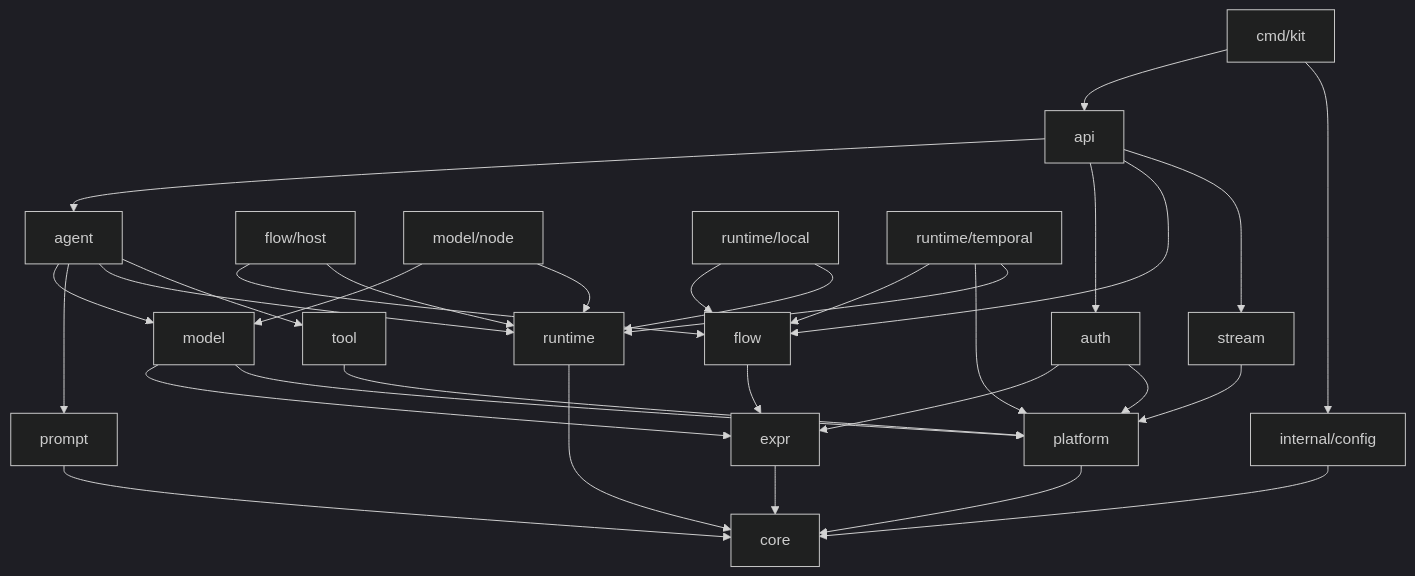
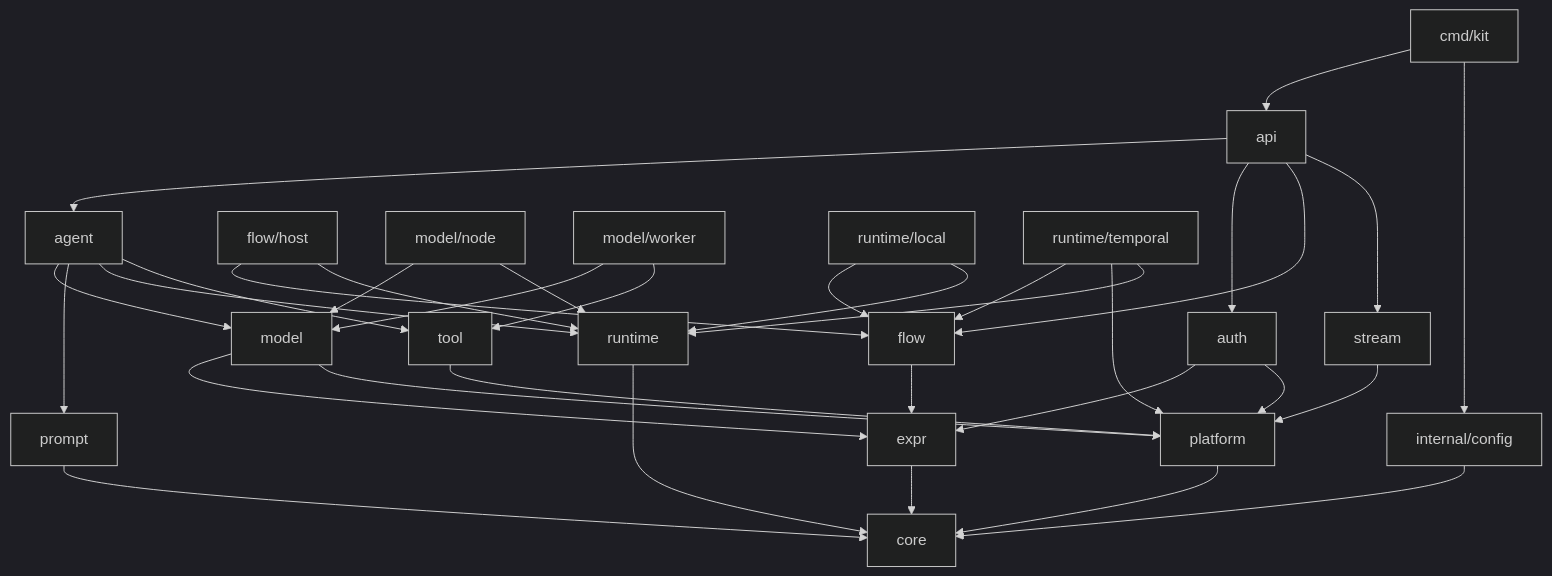
Before and after one commit to epzero/basamento: the diagram in docs/architecture/overview.md, drawn with Mermaid (dark theme). The commit also changed other lines of this file and 34 other files, not shown here.

````diff
--- a/docs/architecture/overview.md
+++ b/docs/architecture/overview.md
@@ -63,52 +63,55 @@
 ```mermaid
 flowchart TD
   agent["agent"]
   api["api"]
   auth["auth"]
   cmd_kit["cmd/kit"]
   core["core"]
   expr["expr"]
   flow["flow"]
   flow_host["flow/host"]
   internal_config["internal/config"]
   model["model"]
   model_node["model/node"]
+  model_worker["model/worker"]
   platform["platform"]
   prompt["prompt"]
   runtime["runtime"]
   runtime_local["runtime/local"]
   runtime_temporal["runtime/temporal"]
   stream["stream"]
   tool["tool"]
   agent --> model
   agent --> prompt
   agent --> runtime
   agent --> tool
   api --> agent
   api --> auth
   api --> flow
   api --> stream
   auth --> expr
   auth --> platform
   cmd_kit --> api
   cmd_kit --> internal_config
   expr --> core
   flow --> expr
   flow_host --> flow
   flow_host --> runtime
   internal_config --> core
   model --> expr
   model --> platform
   model_node --> model
   model_node --> runtime
+  model_worker --> model
+  model_worker --> tool
   platform --> core
   prompt --> core
   runtime --> core
   runtime_local --> flow
   runtime_local --> runtime
   runtime_temporal --> flow
   runtime_temporal --> platform
   runtime_temporal --> runtime
   stream --> platform
   tool --> platform
 ```
````
